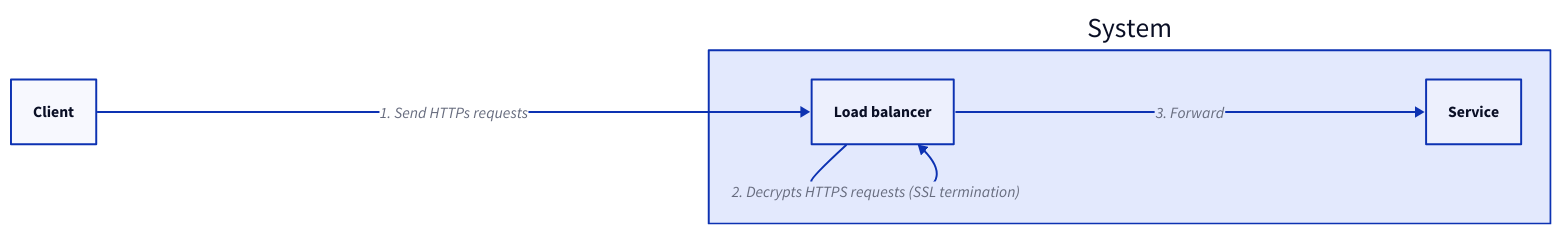
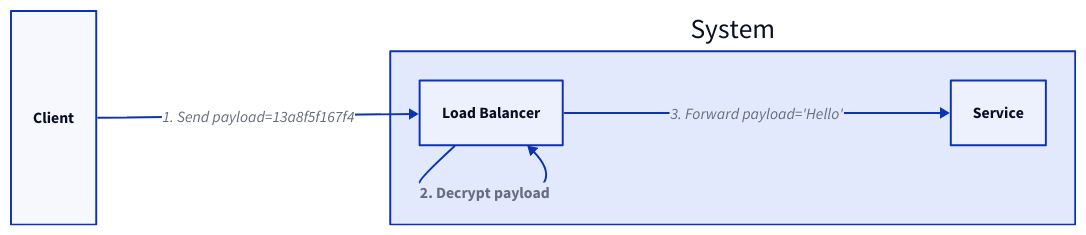
Before and after one commit to link1905/system-design-101: diagram 16 of 20 in content/docs/web-service/load-balancer.md, drawn with D2. The commit also changed other lines of this file and 14 other files, not shown here.

````diff
--- a/content/docs/web-service/load-balancer.md
+++ b/content/docs/web-service/load-balancer.md
@@ -547,18 +601,21 @@
 ```d2
-
-direction: right
+grid-rows: 1
+horizontal-gap: 300
+c: Client {
+  class: client
+}
 s: System {
-    lb: Load balancer {
+    direction: right
+    lb: Load Balancer {
         class: lb
     }
-    lb -> lb: 2. Decrypts HTTPS requests (SSL termination)
     sv: Service {
         class: server
     }
-    lb -> sv: 3. Forward
+    lb -> lb: 2. Decrypt payload {
+      style.bold: true
+    }
+    lb -> sv: "3. Forward payload='Hello'"
 }
-c: Client {
-  class: client
-}
-c -> s.lb: 1. Send HTTPs requests
+c -> s.lb: 1. Send payload=13a8f5f167f4
 ```
````
